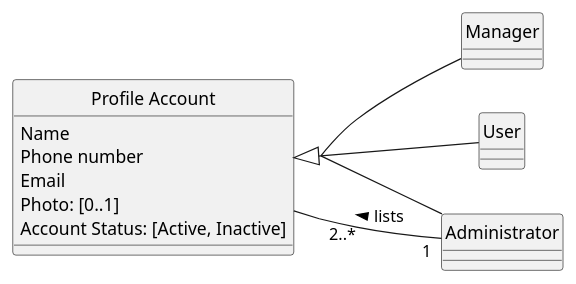
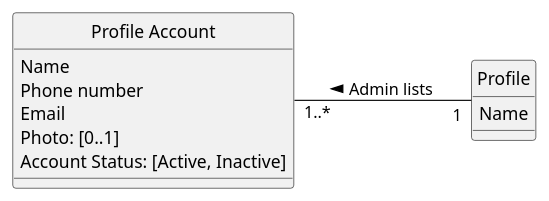
The diagram in docs/modelling_design/user_stories/us004/US004_ListAllAccountsAndStatusDMD.puml (ivo-menezes/project_g3), drawn with PlantUML before and after one commit. The commit also changed 4 other files, not shown here.

```diff
--- a/docs/modelling_design/user_stories/us004/US004_ListAllAccountsAndStatusDMD.puml
+++ b/docs/modelling_design/user_stories/us004/US004_ListAllAccountsAndStatusDMD.puml
@@ -1,21 +1,20 @@
 @startuml
 skinparam style strictuml
 left to right direction
 skinparam groupInheritance 3
 
- class "Profile Account" as Profile {
+ class "Profile Account" {
    Name
    Phone number
    Email
    Photo: [0..1]
    'the [0..1] in Photo indicates an optional value, see Craig 2004, p.121
    Account Status: [Active, Inactive]
  }
 
-Profile <|-- Manager
-Profile <|-- User
-Profile <|-- Administrator
+ class Profile {
+ Name
+ }
 
-Administrator "1" -- "2..*" Profile: lists >
-
+"Profile Account" "1..*" -- "1" Profile: Admin lists <
 @enduml
```
